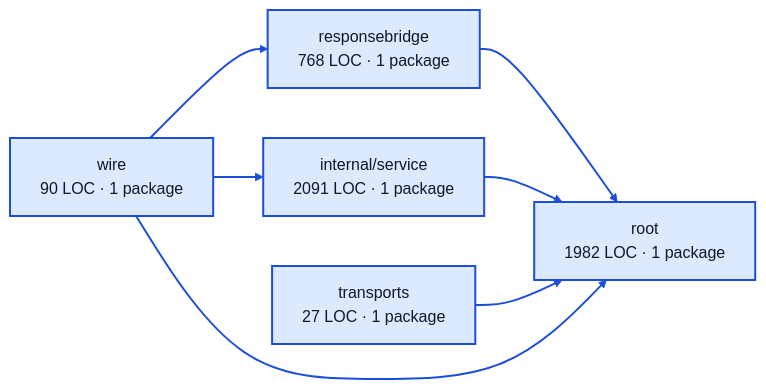
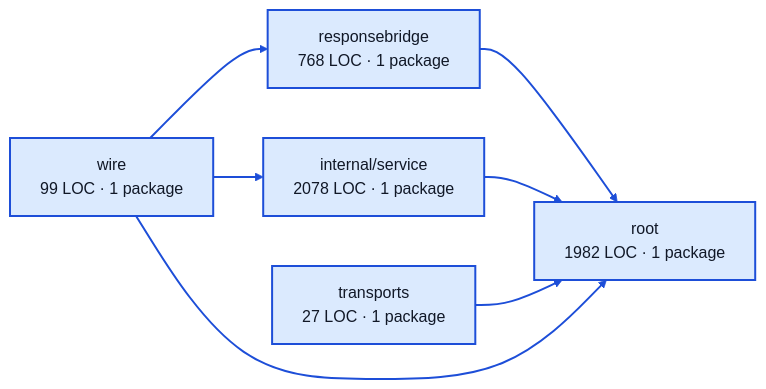
One commit to portpowered/you-agent-factory changed the diagram in docs/architecture/visualizations/services/chat_sessions.md. Above: the diagram before and after it, drawn with Mermaid (forest theme). The commit also changed other lines of this file and 20 other files, not shown here.

Commit message:
docs: refresh backend architecture visualizations

````diff
--- a/docs/architecture/visualizations/services/chat_sessions.md
+++ b/docs/architecture/visualizations/services/chat_sessions.md
@@ -11,20 +11,20 @@
 ```mermaid
 flowchart LR
   p0["responsebridge<br/>768 LOC · 1 package"]
-  p1["internal/service<br/>2091 LOC · 1 package"]
+  p1["internal/service<br/>2078 LOC · 1 package"]
   p2["root<br/>1982 LOC · 1 package"]
   p3["transports<br/>27 LOC · 1 package"]
-  p4["wire<br/>90 LOC · 1 package"]
+  p4["wire<br/>99 LOC · 1 package"]
   p0 --> p2
   p1 --> p2
   p3 --> p2
   p4 --> p0
   p4 --> p1
   p4 --> p2
   style p0 fill:#dbeafe,stroke:#1d4ed8,stroke-width:2px,color:#111827
   style p1 fill:#dbeafe,stroke:#1d4ed8,stroke-width:2px,color:#111827
   style p2 fill:#dbeafe,stroke:#1d4ed8,stroke-width:2px,color:#111827
   style p3 fill:#dbeafe,stroke:#1d4ed8,stroke-width:2px,color:#111827
   style p4 fill:#dbeafe,stroke:#1d4ed8,stroke-width:2px,color:#111827
   linkStyle default stroke:#1d4ed8,stroke-width:2px
 ```
````
